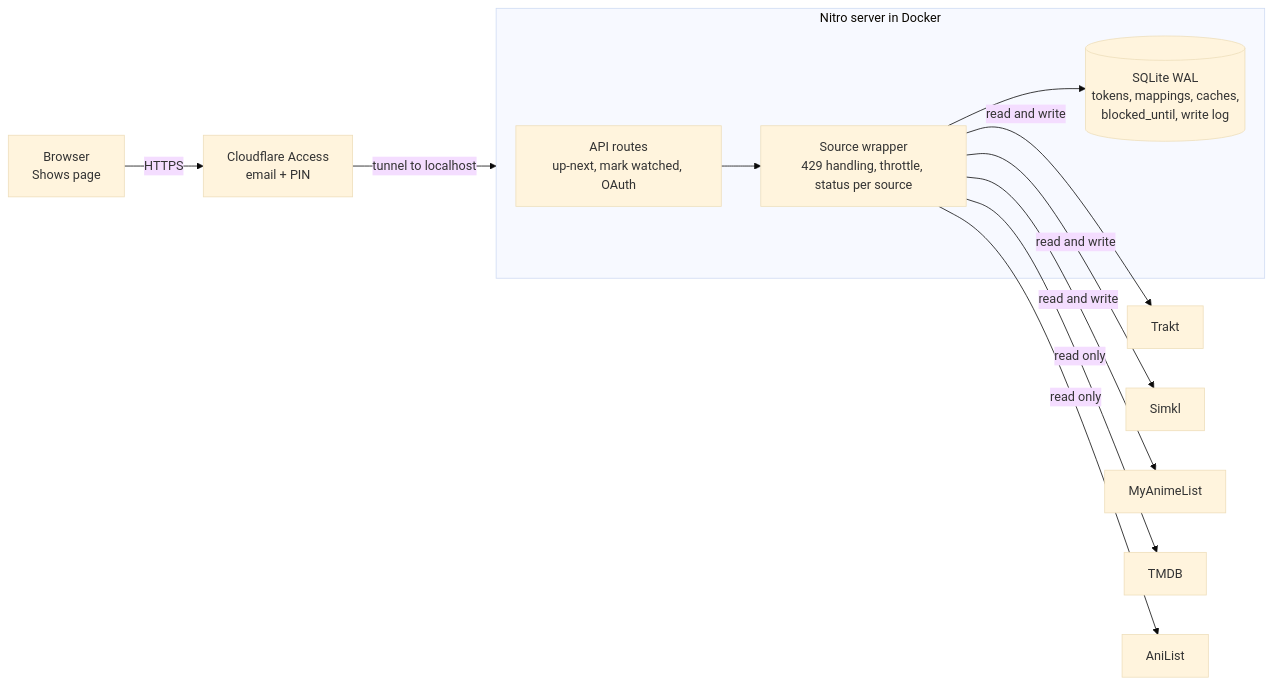
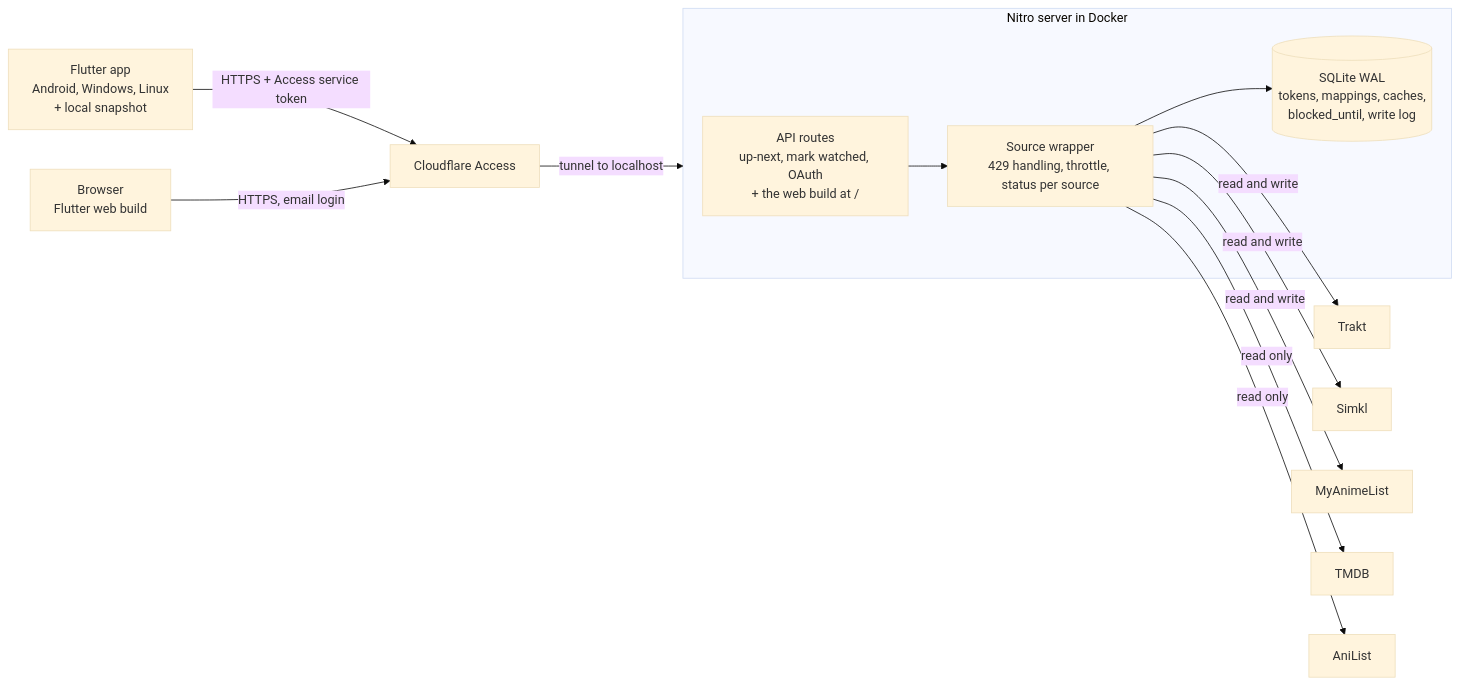
Before and after one commit to oowais/tsuzuku: the diagram in docs/plan.md, drawn with Mermaid (base theme). The commit also changed other lines of this file and 10 other files, not shown here.

````diff
--- a/docs/plan.md
+++ b/docs/plan.md
@@ -17,14 +17,15 @@
 ```mermaid
 flowchart LR
-  B[Browser<br/>Shows page] -->|HTTPS| CF[Cloudflare Access<br/>email + PIN]
+  A[Flutter app<br/>Android, Windows, Linux<br/>+ local snapshot] -->|HTTPS + Access service token| CF[Cloudflare Access]
+  B[Browser<br/>Flutter web build] -->|HTTPS, email login| CF
   CF -->|tunnel to localhost| S
   subgraph S[Nitro server in Docker]
-    API[API routes<br/>up-next, mark watched, OAuth] --> W[Source wrapper<br/>429 handling, throttle, status per source]
+    API[API routes<br/>up-next, mark watched, OAuth<br/>+ the web build at /] --> W[Source wrapper<br/>429 handling, throttle, status per source]
     W --> DB[(SQLite WAL<br/>tokens, mappings, caches,<br/>blocked_until, write log)]
   end
   W -->|read and write| T[Trakt]
   W -->|read and write| SK[Simkl]
   W -->|read and write| M[MyAnimeList]
   W -->|read only| TM[TMDB]
   W -->|read only| AL[AniList]
 ```
````
